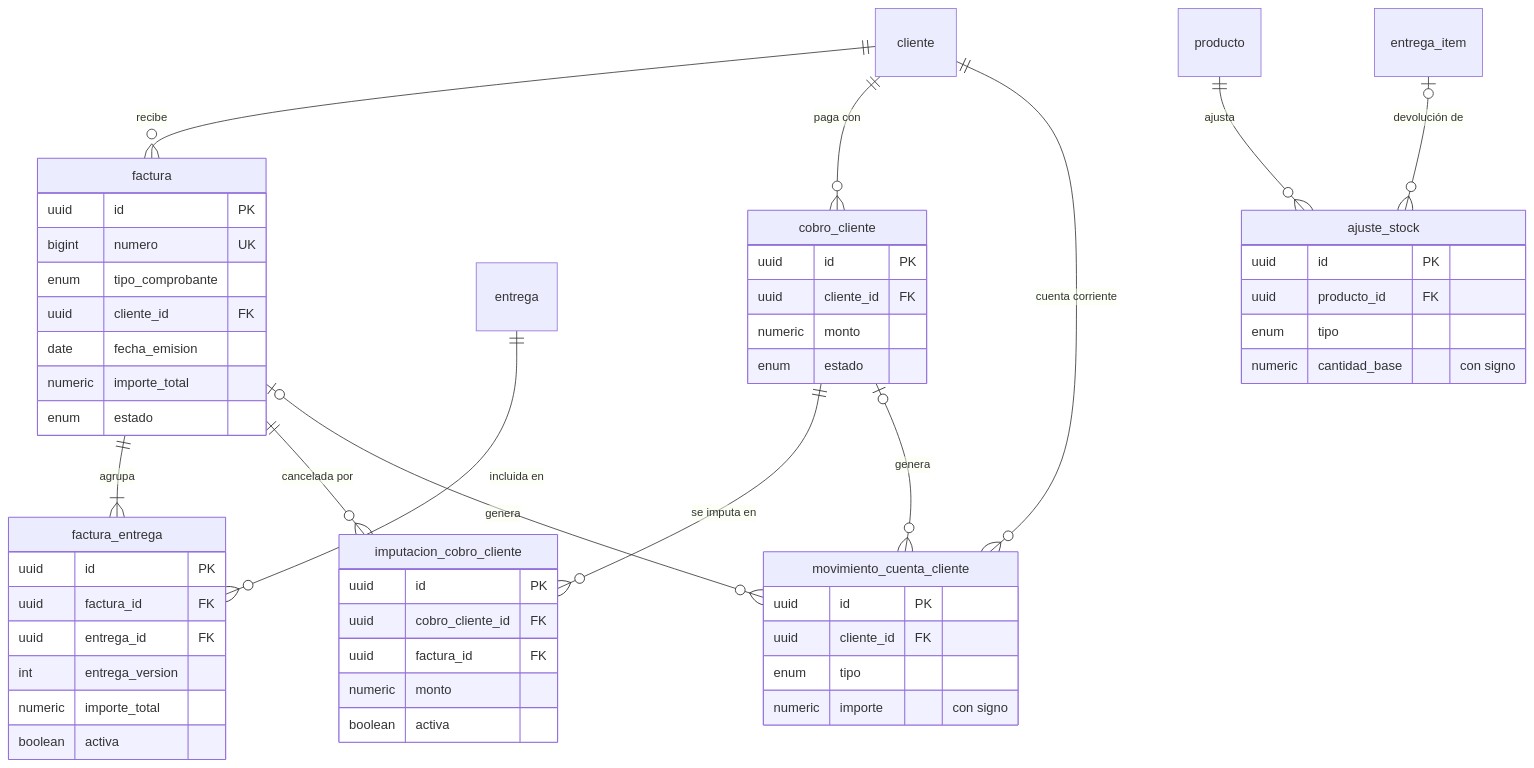
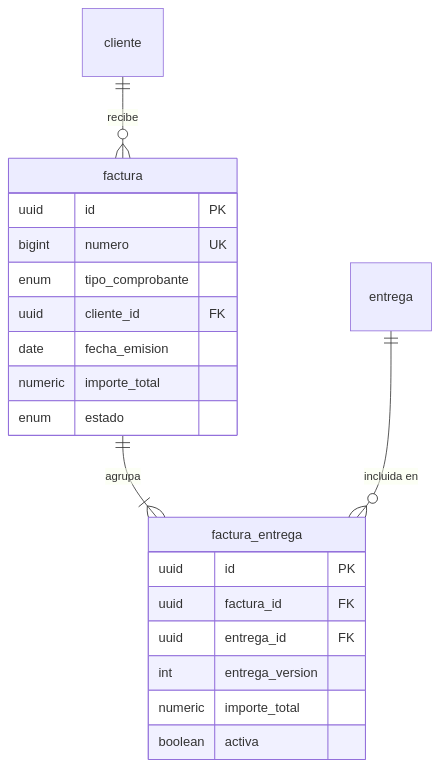
The sixth of 7 diagrams in docs/plan/03-modelo-de-datos.md (Facumirande/sistema-juan), drawn with Mermaid before and after one commit. The commit also changed other lines of this file and 66 other files, not shown here.

First line of the commit message:
Pedidos sin confirmar, lista de compras con "Lo compré", preparación por cliente y limpieza del plan

````diff
--- a/docs/plan/03-modelo-de-datos.md
+++ b/docs/plan/03-modelo-de-datos.md
@@ -1345,57 +1338,24 @@
 ```mermaid
 erDiagram
     cliente ||--o{ factura : "recibe"
     factura ||--|{ factura_entrega : "agrupa"
     entrega ||--o{ factura_entrega : "incluida en"
-    cliente ||--o{ cobro_cliente : "paga con"
-    cobro_cliente ||--o{ imputacion_cobro_cliente : "se imputa en"
-    factura ||--o{ imputacion_cobro_cliente : "cancelada por"
-    cliente ||--o{ movimiento_cuenta_cliente : "cuenta corriente"
-    factura |o--o{ movimiento_cuenta_cliente : "genera"
-    cobro_cliente |o--o{ movimiento_cuenta_cliente : "genera"
-    producto ||--o{ ajuste_stock : "ajusta"
-    entrega_item |o--o{ ajuste_stock : "devolución de"
 
     factura {
         uuid id PK
         bigint numero UK
         enum tipo_comprobante
         uuid cliente_id FK
         date fecha_emision
         numeric importe_total
         enum estado
     }
     factura_entrega {
         uuid id PK
         uuid factura_id FK
         uuid entrega_id FK
         int entrega_version
         numeric importe_total
         boolean activa
     }
-    cobro_cliente {
-        uuid id PK
-        uuid cliente_id FK
-        numeric monto
-        enum estado
-    }
-    imputacion_cobro_cliente {
-        uuid id PK
-        uuid cobro_cliente_id FK
-        uuid factura_id FK
-        numeric monto
-        boolean activa
-    }
-    movimiento_cuenta_cliente {
-        uuid id PK
-        uuid cliente_id FK
-        enum tipo
-        numeric importe "con signo"
-    }
-    ajuste_stock {
-        uuid id PK
-        uuid producto_id FK
-        enum tipo
-        numeric cantidad_base "con signo"
-    }
 ```
````
